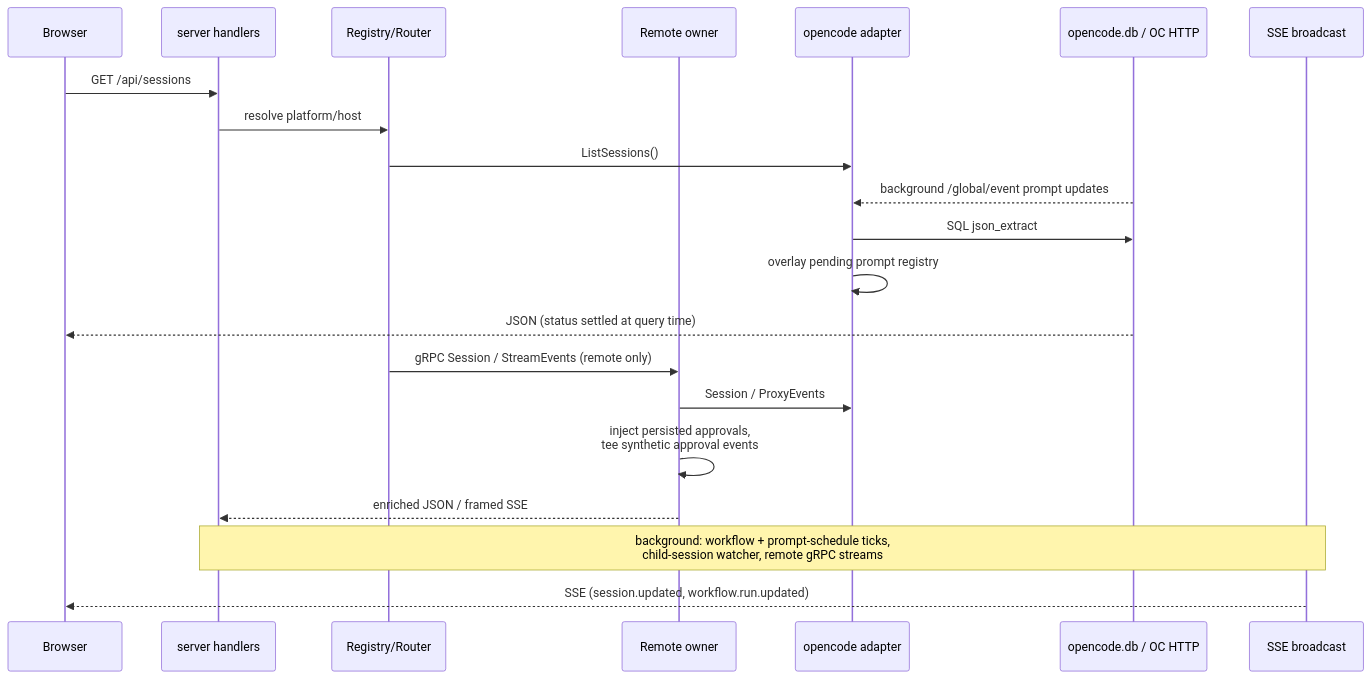
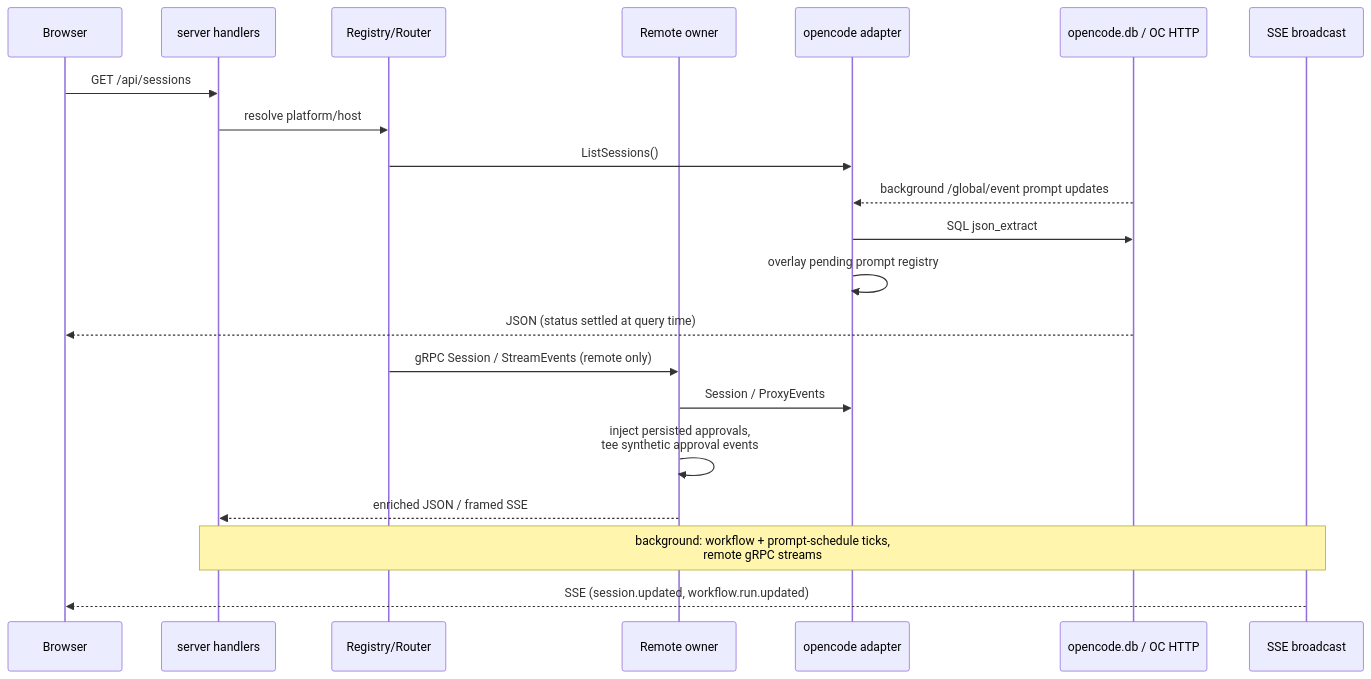
The fourth of 5 diagrams in docs/other/architecture.md (ocman/ocman), drawn with Mermaid before and after one commit. The commit also changed other lines of this file and 80 other files, not shown here.

````diff
--- a/docs/other/architecture.md
+++ b/docs/other/architecture.md
@@ -208,24 +206,24 @@
 ```mermaid
 sequenceDiagram
     participant B as Browser
     participant S as server handlers
     participant R as Registry/Router
     participant O as Remote owner
     participant A as opencode adapter
     participant D as opencode.db / OC HTTP
     participant E as SSE broadcast
 
     B->>S: GET /api/sessions
     S->>R: resolve platform/host
     R->>A: ListSessions()
     D-->>A: background /global/event prompt updates
     A->>D: SQL json_extract
     A->>A: overlay pending prompt registry
     D-->>B: JSON (status settled at query time)
     R->>O: gRPC Session / StreamEvents (remote only)
     O->>A: Session / ProxyEvents
-    O->>O: inject persisted approvals,<br/>tee synthetic approval events
-    O-->>S: enriched JSON / framed SSE
-     Note over S,E: background: workflow + prompt-schedule ticks,<br/>child-session watcher, remote gRPC streams
-     E-->>B: SSE (session.updated, workflow.run.updated)
+     O->>O: inject persisted approvals,<br/>tee synthetic approval events
+     O-->>S: enriched JSON / framed SSE
+      Note over S,E: background: workflow + prompt-schedule ticks,<br/>remote gRPC streams
+      E-->>B: SSE (session.updated, workflow.run.updated)
 ```
````
